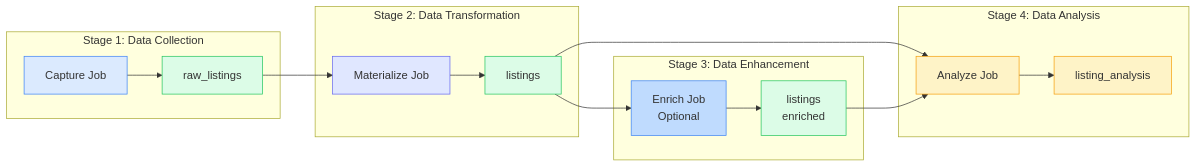
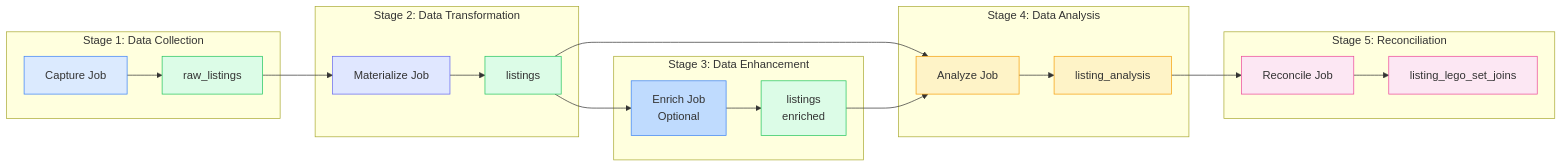
One commit to jeshuamaxey/brick-index changed the first of 3 diagrams in docs/pipeline.md. Above: the diagram before and after it, drawn with Mermaid. The commit also changed other lines of this file and 18 other files, not shown here.

First line of the commit message:
feat: add reconcile job to extract and validate LEGO set IDs from listings

````diff
--- a/docs/pipeline.md
+++ b/docs/pipeline.md
@@ -9,31 +9,38 @@
 ```mermaid
 flowchart LR
     subgraph "Stage 1: Data Collection"
         A[Capture Job] --> B[raw_listings]
     end
     
     subgraph "Stage 2: Data Transformation"
         B --> C[Materialize Job]
         C --> D[listings]
     end
     
     subgraph "Stage 3: Data Enhancement"
         D --> E[Enrich Job<br/>Optional]
         E --> F[listings<br/>enriched]
     end
     
     subgraph "Stage 4: Data Analysis"
         D --> G[Analyze Job]
         F --> G
         G --> H[listing_analysis]
     end
     
+    subgraph "Stage 5: Reconciliation"
+        H --> I[Reconcile Job]
+        I --> J[listing_lego_set_joins]
+    end
+    
     style A fill:#dbeafe,stroke:#3b82f6
     style C fill:#e0e7ff,stroke:#6366f1
     style E fill:#bfdbfe,stroke:#3b82f6
     style G fill:#fef3c7,stroke:#f59e0b
+    style I fill:#fce7f3,stroke:#ec4899
     style B fill:#dcfce7,stroke:#22c55e
     style D fill:#dcfce7,stroke:#22c55e
     style F fill:#dcfce7,stroke:#22c55e
     style H fill:#fef3c7,stroke:#f59e0b
+    style J fill:#fce7f3,stroke:#ec4899
 ```
````
